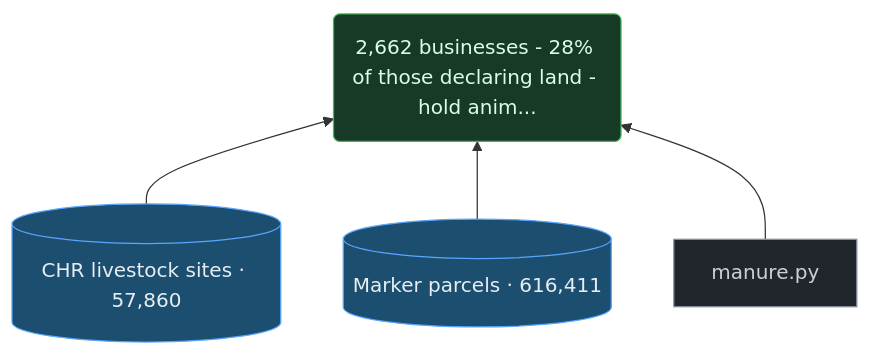
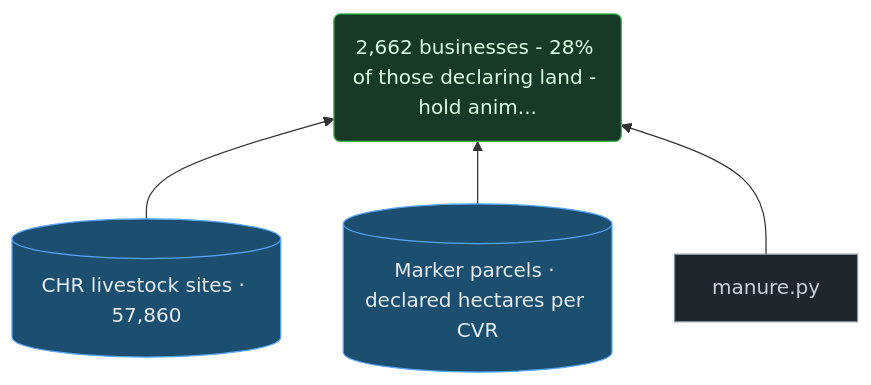
One commit to Jjokulian/copenhagen-waterways changed the ninth of 14 diagrams in docs/CLAIMS.md. Above: the diagram before and after it, drawn with Mermaid. The commit also changed other lines of this file and 13 other files, not shown here.

````diff
--- a/docs/CLAIMS.md
+++ b/docs/CLAIMS.md
@@ -281,14 +299,14 @@
 ```mermaid
 graph BT
   C-MANURE("2,662 businesses - 28% of those declaring land - hold anim...")
   D-CHR[("CHR livestock sites · 57,860")]
-  D-MARKER[("Marker parcels · 616,411")]
+  D-MARKER[("Marker parcels · declared hectares per CVR")]
   X-MANURE["manure.py"]
   D-CHR --> C-MANURE
   D-MARKER --> C-MANURE
   X-MANURE --> C-MANURE
   style C-MANURE fill:#173a26,stroke:#3fb950,color:#d7ffe4
   style D-CHR fill:#1c4e70,stroke:#58a6ff,color:#e6edf3
   style D-MARKER fill:#1c4e70,stroke:#58a6ff,color:#e6edf3
   style X-MANURE fill:#21262d,stroke:#8b949e,color:#c9d1d9
 ```
````
